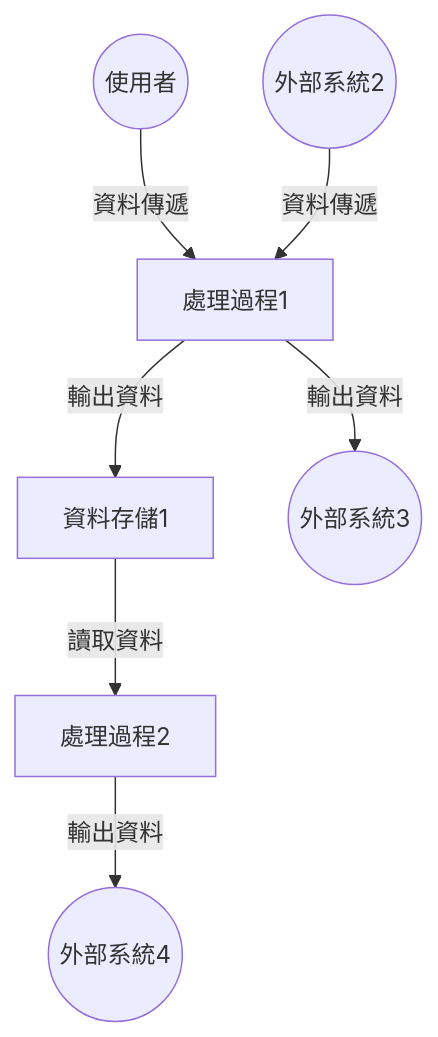
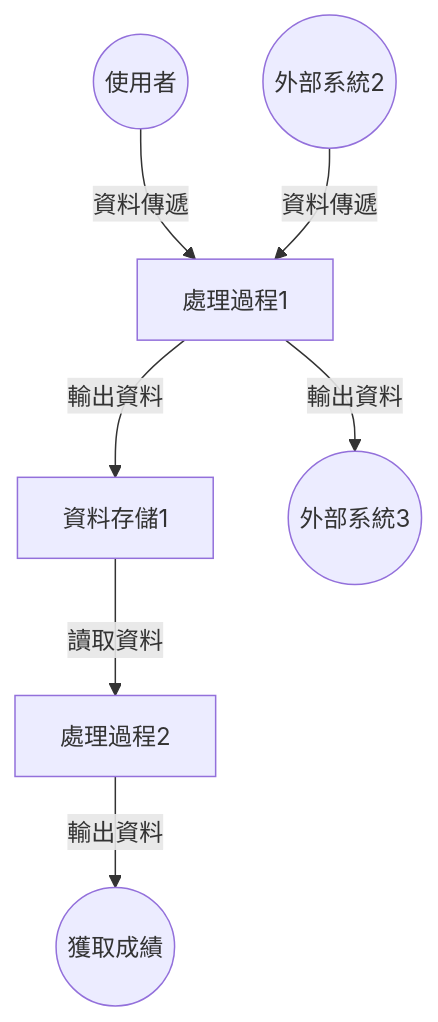
The diagram in 系統分析/HW4.md (j50301a/AI-answer-correction), drawn with Mermaid before and after one commit.

````diff
--- a/系統分析/HW4.md
+++ b/系統分析/HW4.md
@@ -3,10 +3,10 @@
 ```mermaid
 graph TD
     使用者((使用者)) -->|資料傳遞| 處理過程1[處理過程1]
     外部系統2((外部系統2)) -->|資料傳遞| 處理過程1
     處理過程1 -->|輸出資料| 資料存儲1[資料存儲1]
     處理過程1 -->|輸出資料| 外部系統3((外部系統3))
     資料存儲1 -->|讀取資料| 處理過程2[處理過程2]
-    處理過程2 -->|輸出資料| 獲取成績((外部系統4))
+    處理過程2 -->|輸出資料| 獲取成績((獲取成績))
 
 ```
````
